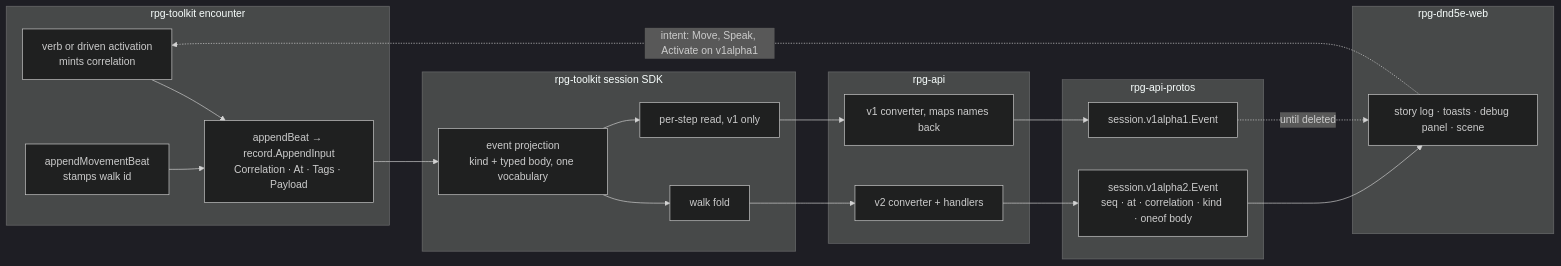
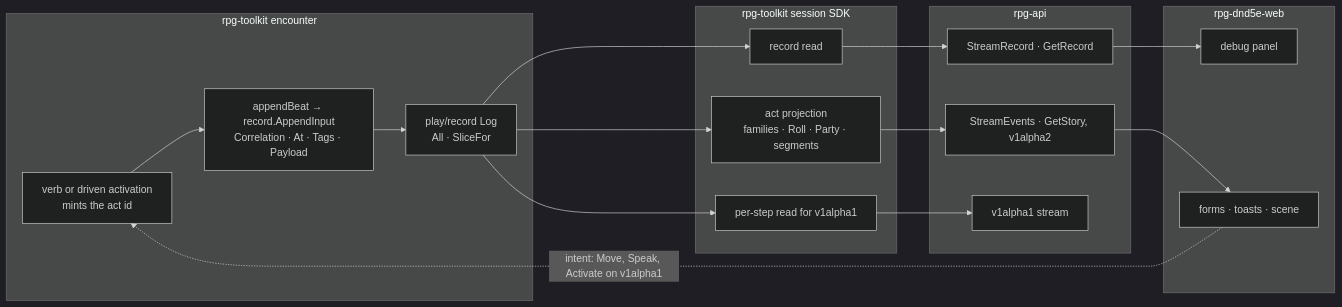
One commit to KirkDiggler/rpg-project changed the diagram in ideas/event-stream/walkthrough.md. Above: the diagram before and after it, drawn with Mermaid (dark theme). The commit also changed other lines of this file and 1 other file, not shown here.

First line of the commit message:
design: event stream — the record stream and the act stream on session v1alpha2 (#634)

````diff
--- a/ideas/event-stream/walkthrough.md
+++ b/ideas/event-stream/walkthrough.md
@@ -20,29 +18,27 @@
 ```mermaid
 flowchart LR
     subgraph toolkit-encounter[rpg-toolkit encounter]
-        ACT[verb or driven activation<br/>mints correlation]
-        AMB[appendMovementBeat<br/>stamps walk id]
+        ACT[verb or driven activation<br/>mints the act id]
         AB[appendBeat → record.AppendInput<br/>Correlation · At · Tags · Payload]
+        LOG[play/record Log<br/>All · SliceFor]
     end
     subgraph toolkit-session[rpg-toolkit session SDK]
-        PROJ[event projection<br/>kind + typed body, one vocabulary]
-        FOLD[walk fold]
-        STEP[per-step read, v1 only]
+        REC[record read]
+        PROJ[act projection<br/>families · Roll · Party · segments]
+        STEP[per-step read for v1alpha1]
     end
     subgraph rpg-api
-        CONV2[v2 converter + handlers]
-        CONV1[v1 converter, maps names back]
-    end
-    subgraph protos[rpg-api-protos]
-        EV2[session.v1alpha2.Event<br/>seq · at · correlation · kind · oneof body]
-        EV1[session.v1alpha1.Event]
+        HR[StreamRecord · GetRecord]
+        HA[StreamEvents · GetStory, v1alpha2]
+        H1[v1alpha1 stream]
     end
     subgraph web[rpg-dnd5e-web]
-        UI[story log · toasts · debug panel · scene]
+        DBG[debug panel]
+        UI[forms · toasts · scene]
     end
-    ACT --> AB
-    AMB --> AB
-    AB --> PROJ --> FOLD --> CONV2 --> EV2 --> UI
-    PROJ --> STEP --> CONV1 --> EV1 -. until deleted .-> UI
+    ACT --> AB --> LOG
+    LOG --> REC --> HR --> DBG
+    LOG --> PROJ --> HA --> UI
+    LOG --> STEP --> H1
     UI -. intent: Move, Speak, Activate on v1alpha1 .-> ACT
 ```
````
